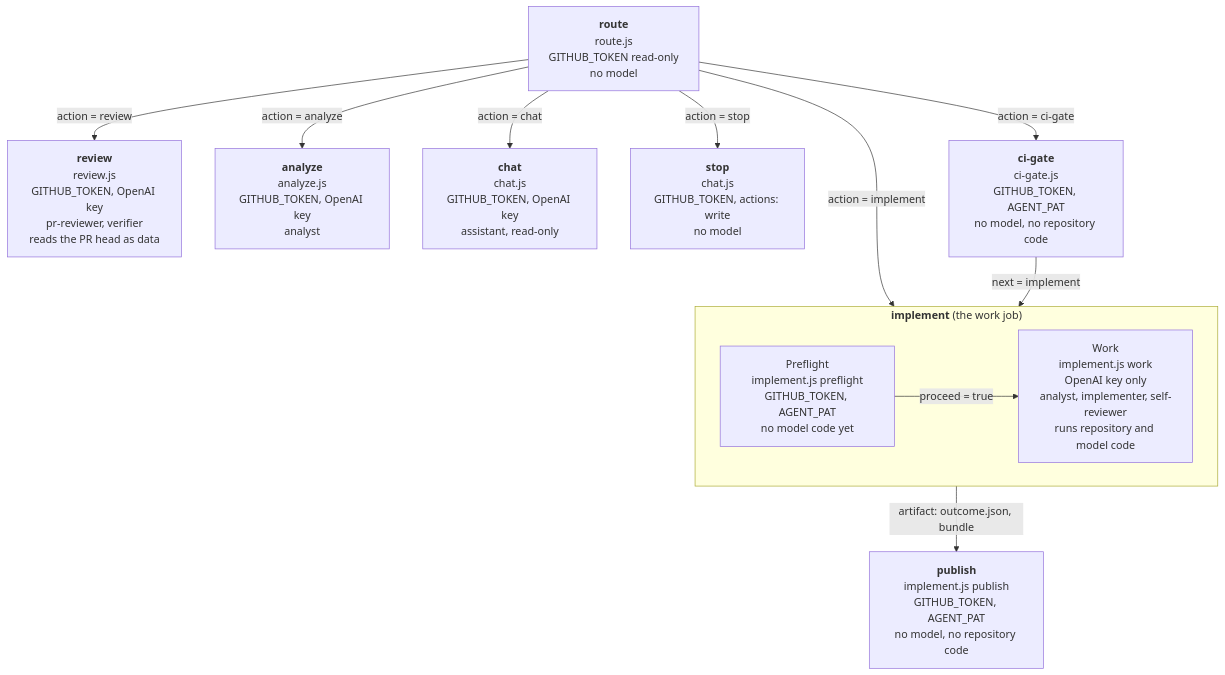
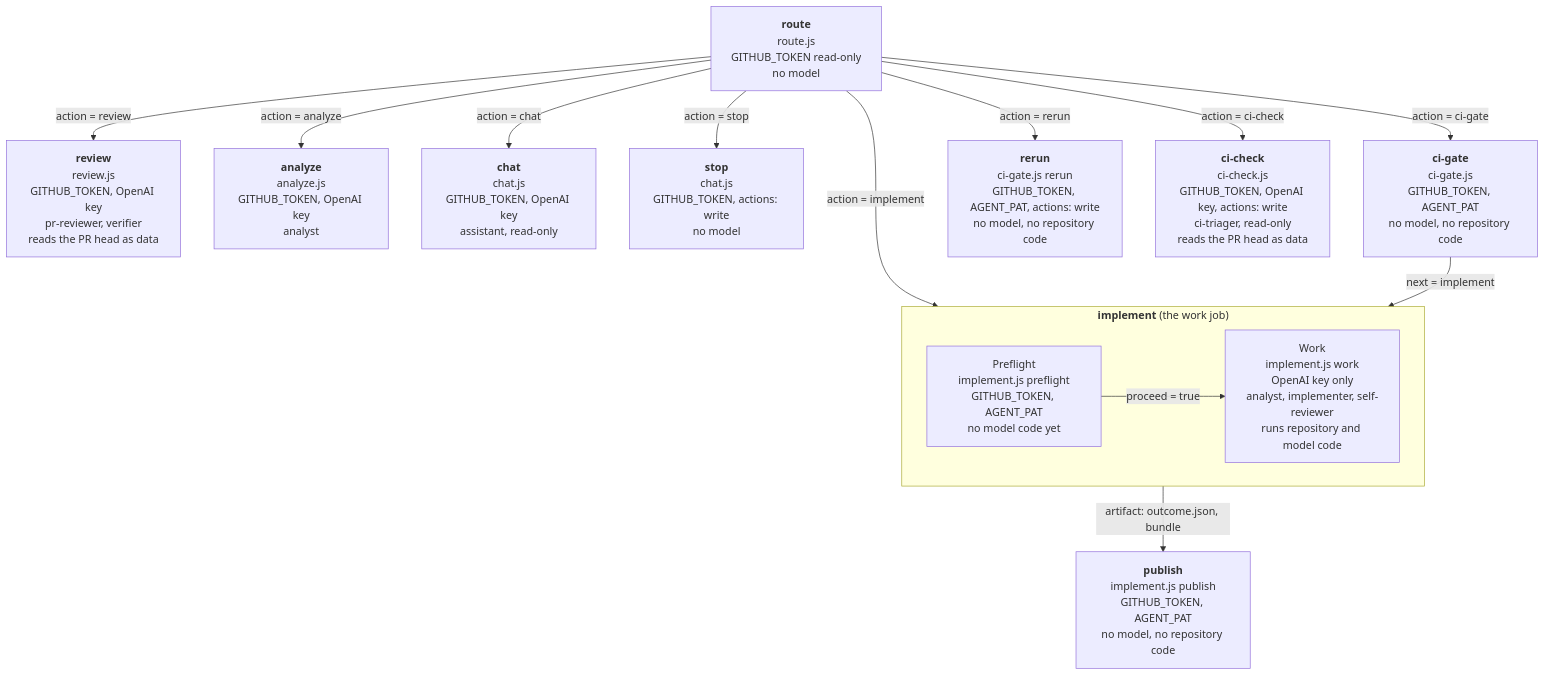
One commit to Netcracker/qubership-apihub changed the second of 11 diagrams in docs/internal/autonomous-agent/architecture.md. Above: the diagram before and after it, drawn with Mermaid. The commit also changed other lines of this file and 54 other files, not shown here.

````diff
--- a/docs/internal/autonomous-agent/architecture.md
+++ b/docs/internal/autonomous-agent/architecture.md
@@ -94,17 +99,19 @@
 ```mermaid
 flowchart TB
   ROUTE["<b>route</b><br/>route.js<br/>GITHUB_TOKEN read-only<br/>no model"]
   ROUTE -- "action = review" --> REVIEW["<b>review</b><br/>review.js<br/>GITHUB_TOKEN, OpenAI key<br/>pr-reviewer, verifier<br/>reads the PR head as data"]
   ROUTE -- "action = analyze" --> ANALYZE["<b>analyze</b><br/>analyze.js<br/>GITHUB_TOKEN, OpenAI key<br/>analyst"]
   ROUTE -- "action = chat" --> CHAT["<b>chat</b><br/>chat.js<br/>GITHUB_TOKEN, OpenAI key<br/>assistant, read-only"]
   ROUTE -- "action = stop" --> STOP["<b>stop</b><br/>chat.js<br/>GITHUB_TOKEN, actions: write<br/>no model"]
   ROUTE -- "action = ci-gate" --> GATE["<b>ci-gate</b><br/>ci-gate.js<br/>GITHUB_TOKEN, AGENT_PAT<br/>no model, no repository code"]
+  ROUTE -- "action = rerun" --> RERUN["<b>rerun</b><br/>ci-gate.js rerun<br/>GITHUB_TOKEN, AGENT_PAT, actions: write<br/>no model, no repository code"]
+  ROUTE -- "action = ci-check" --> CICHECK["<b>ci-check</b><br/>ci-check.js<br/>GITHUB_TOKEN, OpenAI key, actions: write<br/>ci-triager, read-only<br/>reads the PR head as data"]
   ROUTE -- "action = implement" --> IMPL
   GATE -- "next = implement" --> IMPL
   subgraph IMPL["<b>implement</b> (the work job)"]
     PRE["Preflight<br/>implement.js preflight<br/>GITHUB_TOKEN, AGENT_PAT<br/>no model code yet"]
     WORK["Work<br/>implement.js work<br/>OpenAI key only<br/>analyst, implementer, self-reviewer<br/>runs repository and model code"]
     PRE -- "proceed = true" --> WORK
   end
   IMPL -- "artifact: outcome.json, bundle" --> PUB["<b>publish</b><br/>implement.js publish<br/>GITHUB_TOKEN, AGENT_PAT<br/>no model, no repository code"]
 ```
````
